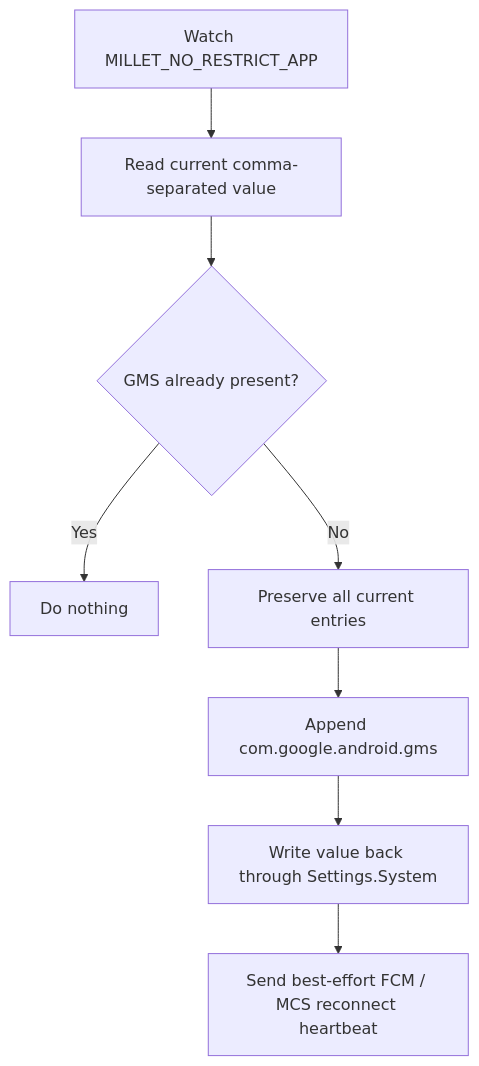
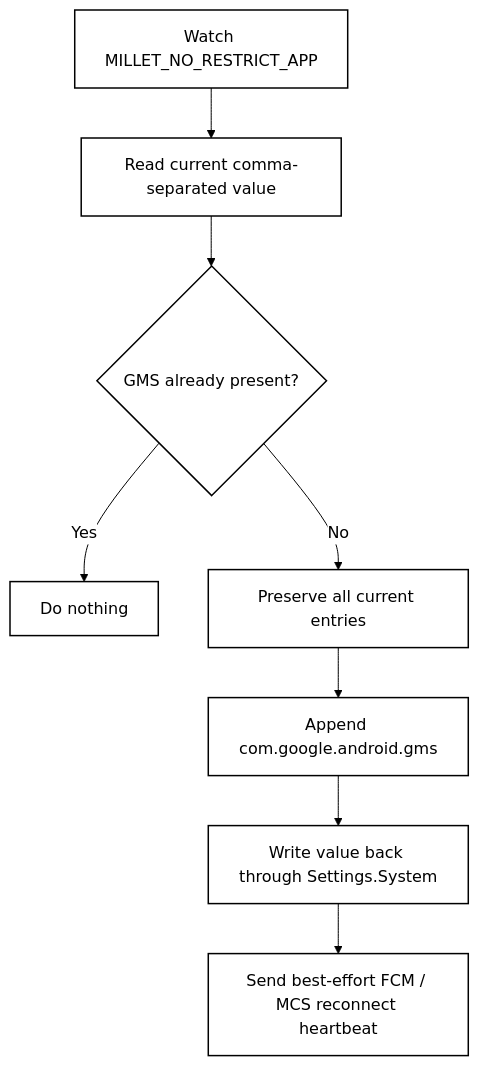
The second of 4 diagrams in README.md (ReedGAOOO/FCMGuard-HyperOS), drawn with Mermaid before and after one commit. The commit also changed other lines of this file, not shown here.

Commit message:
Restyle README diagrams in black and white and add acknowledgements

````diff
--- a/README.md
+++ b/README.md
@@ -65,10 +68,13 @@
 ```mermaid
+%%{init: {'theme':'base','themeVariables': {'background':'#ffffff','primaryColor':'#ffffff','primaryTextColor':'#000000','primaryBorderColor':'#000000','secondaryColor':'#ffffff','tertiaryColor':'#ffffff','lineColor':'#000000','fontFamily':'Arial'}}}%%
 flowchart TD
     A[Watch MILLET_NO_RESTRICT_APP] --> B[Read current comma-separated value]
     B --> C{GMS already present?}
     C -- Yes --> D[Do nothing]
     C -- No --> E[Preserve all current entries]
     E --> F[Append com.google.android.gms]
     F --> G[Write value back through Settings.System]
     G --> H[Send best-effort FCM / MCS reconnect heartbeat]
+    classDef bw fill:#ffffff,stroke:#000000,color:#000000,stroke-width:1.5px;
+    class A,B,C,D,E,F,G,H bw;
 ```
````
